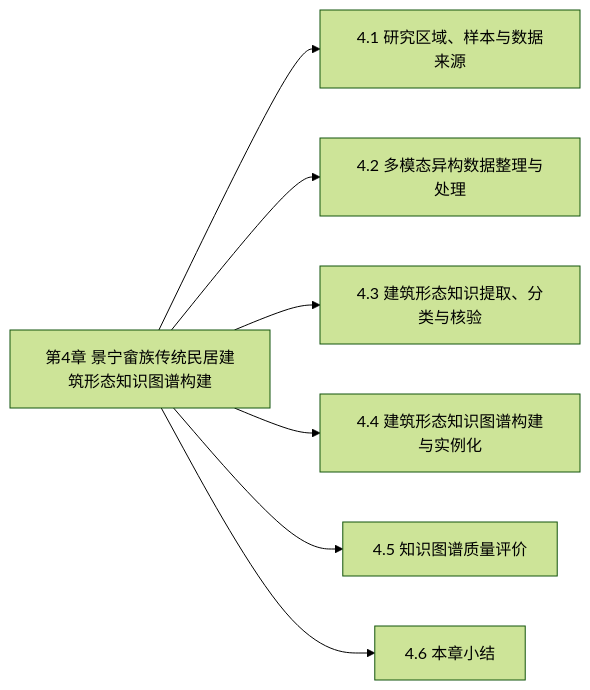
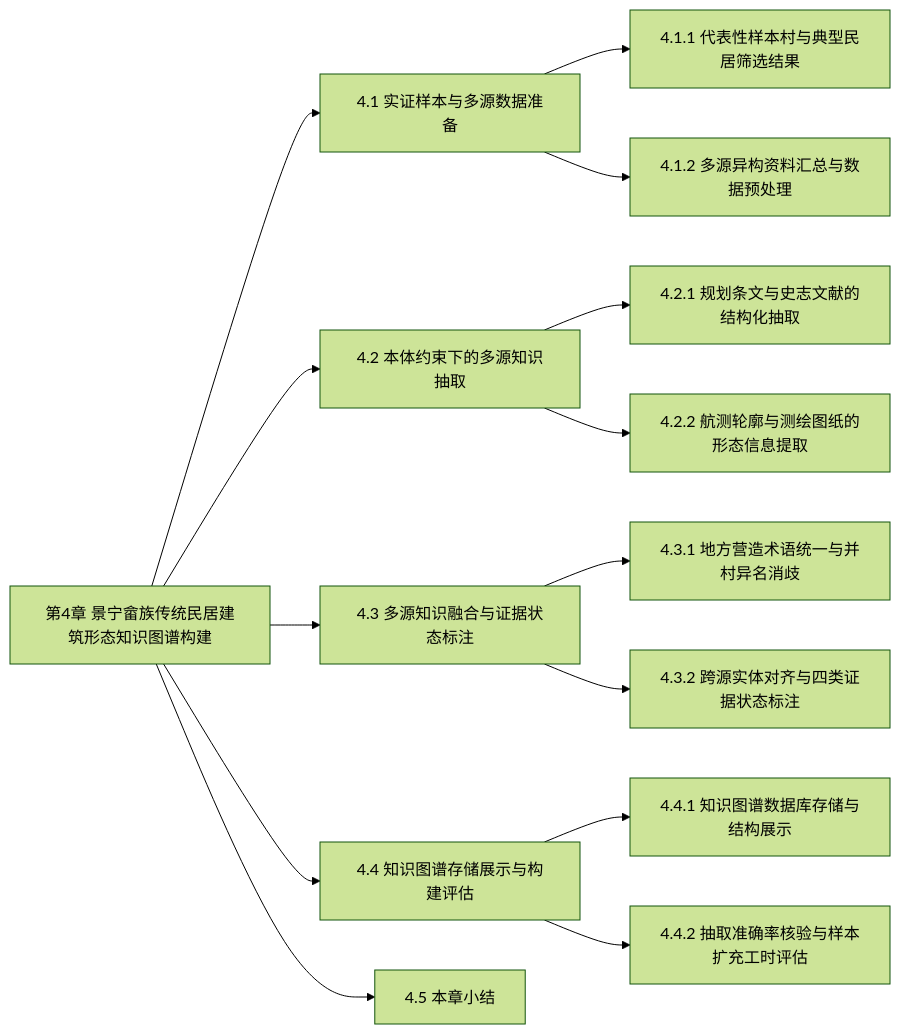
The diagram in 论文章节/章节导航/04-景宁实例.md (WYLINX601/Linx_paper), drawn with Mermaid (forest theme) before and after one commit. The commit also changed other lines of this file and 35 other files, not shown here.

````diff
--- a/论文章节/章节导航/04-景宁实例.md
+++ b/论文章节/章节导航/04-景宁实例.md
@@ -84,16 +92,30 @@
 ```mermaid
 flowchart LR
   chapter-4["第4章 景宁畲族传统民居建筑形态知识图谱构建"]
-  section-4-sampling["4.1 研究区域、样本与数据来源"]
+  section-4-sampling["4.1 实证样本与多源数据准备"]
   chapter-4 --> section-4-sampling
-  section-4-data-production["4.2 多模态异构数据整理与处理"]
-  chapter-4 --> section-4-data-production
-  section-4-knowledge-extraction["4.3 建筑形态知识提取、分类与核验"]
+  sub-4-1-1["4.1.1 代表性样本村与典型民居筛选结果"]
+  section-4-sampling --> sub-4-1-1
+  sub-4-1-2["4.1.2 多源异构资料汇总与数据预处理"]
+  section-4-sampling --> sub-4-1-2
+  section-4-knowledge-extraction["4.2 本体约束下的多源知识抽取"]
   chapter-4 --> section-4-knowledge-extraction
-  section-4-instance-construction["4.4 建筑形态知识图谱构建与实例化"]
-  chapter-4 --> section-4-instance-construction
-  section-4-4["4.5 知识图谱质量评价"]
+  sub-4-2-1["4.2.1 规划条文与史志文献的结构化抽取"]
+  section-4-knowledge-extraction --> sub-4-2-1
+  sub-4-2-2["4.2.2 航测轮廓与测绘图纸的形态信息提取"]
+  section-4-knowledge-extraction --> sub-4-2-2
+  section-4-3-fusion["4.3 多源知识融合与证据状态标注"]
+  chapter-4 --> section-4-3-fusion
+  sub-4-3-1["4.3.1 地方营造术语统一与并村异名消歧"]
+  section-4-3-fusion --> sub-4-3-1
+  sub-4-3-2["4.3.2 跨源实体对齐与四类证据状态标注"]
+  section-4-3-fusion --> sub-4-3-2
+  section-4-4["4.4 知识图谱存储展示与构建评估"]
   chapter-4 --> section-4-4
-  section-4-5["4.6 本章小结"]
+  sub-4-4-1["4.4.1 知识图谱数据库存储与结构展示"]
+  section-4-4 --> sub-4-4-1
+  sub-4-4-2["4.4.2 抽取准确率核验与样本扩充工时评估"]
+  section-4-4 --> sub-4-4-2
+  section-4-5["4.5 本章小结"]
   chapter-4 --> section-4-5
 ```
````
